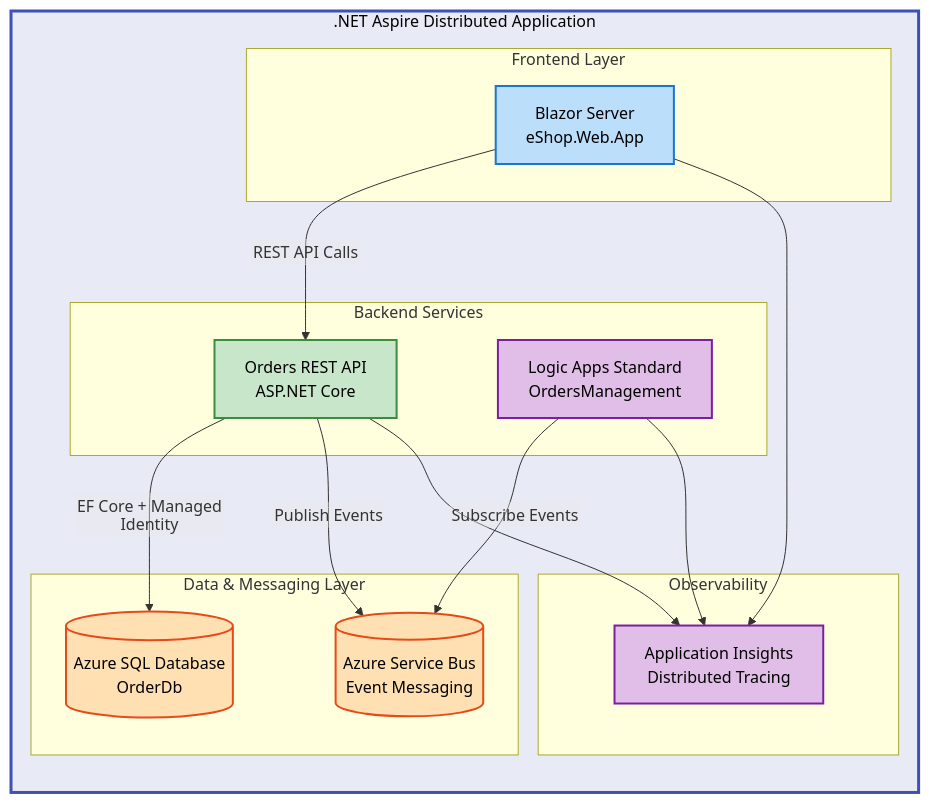
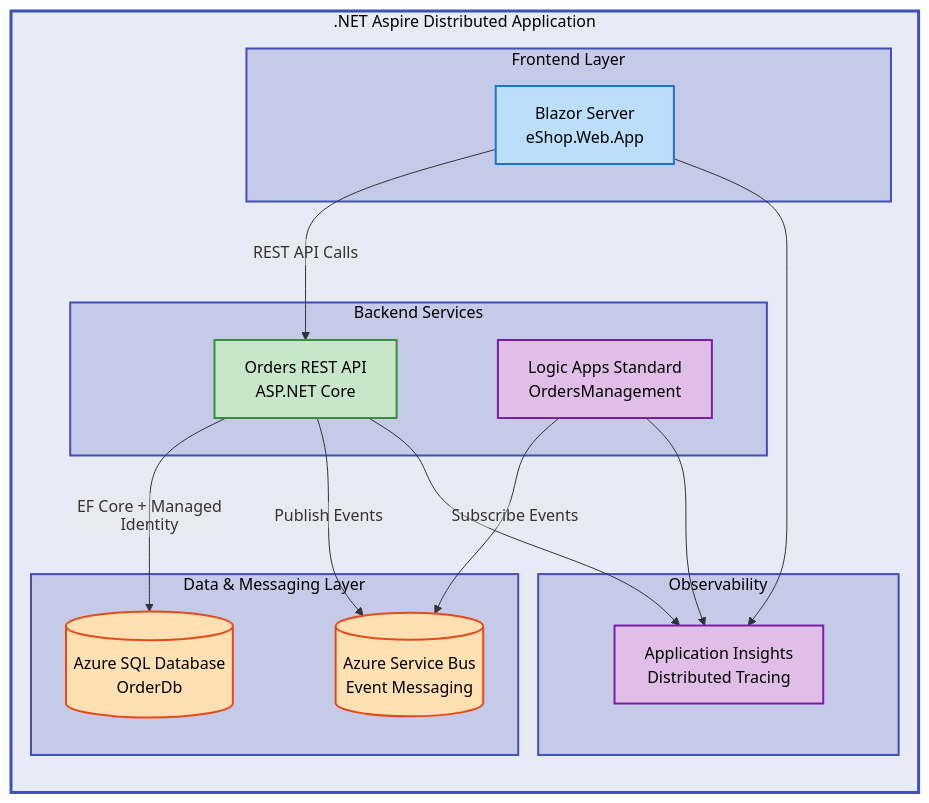
Before and after one commit to Evilazaro/Azure-LogicApps-Monitoring: the diagram in README.md, drawn with Mermaid.

Commit message:
Enhance architecture diagram in README.md with detailed comments and color scheme definitions

````diff
--- a/README.md
+++ b/README.md
@@ -46,41 +46,66 @@
 ```mermaid
 %%{init: {"flowchart": {"htmlLabels": false}} }%%
 flowchart TB
+    %% ============================================
+    %% Architecture: .NET Aspire Distributed Application
+    %% Purpose: Visualize multi-tier eShop system with Logic Apps integration
+    %% Assumptions:
+    %%   - Managed Identity used for Azure service authentication
+    %%   - Service Bus provides async messaging between components
+    %%   - Application Insights captures telemetry from all services
+    %% Last Updated: 2026-02-03
+    %% ============================================
+
+    %% ============================================
+    %% STANDARD COLOR SCHEME (Material Design)
+    %% ============================================
+    %% Level 1: Main System Container (MANDATORY - Neutral Indigo 50)
     classDef mainGroup fill:#E8EAF6,stroke:#3F51B5,stroke-width:3px,color:#000
+
+    %% Level 2: Sub Groups (Architectural Layers)
+    classDef subGroup fill:#C5CAE9,stroke:#3F51B5,stroke-width:2px,color:#000
+
+    %% Level 3: Content Nodes (Semantic Colors - WCAG AA Compliant)
     classDef mdBlue fill:#BBDEFB,stroke:#1976D2,stroke-width:2px,color:#000
     classDef mdGreen fill:#C8E6C9,stroke:#388E3C,stroke-width:2px,color:#000
+    classDef mdRed fill:#FFCDD2,stroke:#D32F2F,stroke-width:2px,color:#000
+    classDef mdYellow fill:#FFF9C4,stroke:#F57F17,stroke-width:2px,color:#000
     classDef mdOrange fill:#FFE0B2,stroke:#E64A19,stroke-width:2px,color:#000
     classDef mdPurple fill:#E1BEE7,stroke:#7B1FA2,stroke-width:2px,color:#000
+    classDef mdTeal fill:#B2DFDB,stroke:#00796B,stroke-width:2px,color:#000
+    classDef mdGrey fill:#F5F5F5,stroke:#616161,stroke-width:2px,color:#000
+    %% ============================================
 
     subgraph system[".NET Aspire Distributed Application"]
         direction TB
 
         subgraph frontend["Frontend Layer"]
             webApp["Blazor Server<br/>eShop.Web.App"]:::mdBlue
         end
 
         subgraph backend["Backend Services"]
             ordersApi["Orders REST API<br/>ASP.NET Core"]:::mdGreen
             logicApp["Logic Apps Standard<br/>OrdersManagement"]:::mdPurple
         end
 
         subgraph data["Data & Messaging Layer"]
             sqlDb[("Azure SQL Database<br/>OrderDb")]:::mdOrange
             serviceBus[("Azure Service Bus<br/>Event Messaging")]:::mdOrange
         end
 
         subgraph observability["Observability"]
             appInsights["Application Insights<br/>Distributed Tracing"]:::mdPurple
         end
 
         webApp -->|"REST API Calls"| ordersApi
         ordersApi -->|"EF Core + Managed Identity"| sqlDb
         ordersApi -->|"Publish Events"| serviceBus
         logicApp -->|"Subscribe Events"| serviceBus
         ordersApi --> appInsights
         webApp --> appInsights
         logicApp --> appInsights
     end
 
     class system mainGroup
+    class frontend,backend,data,observability subGroup
 ```
````
